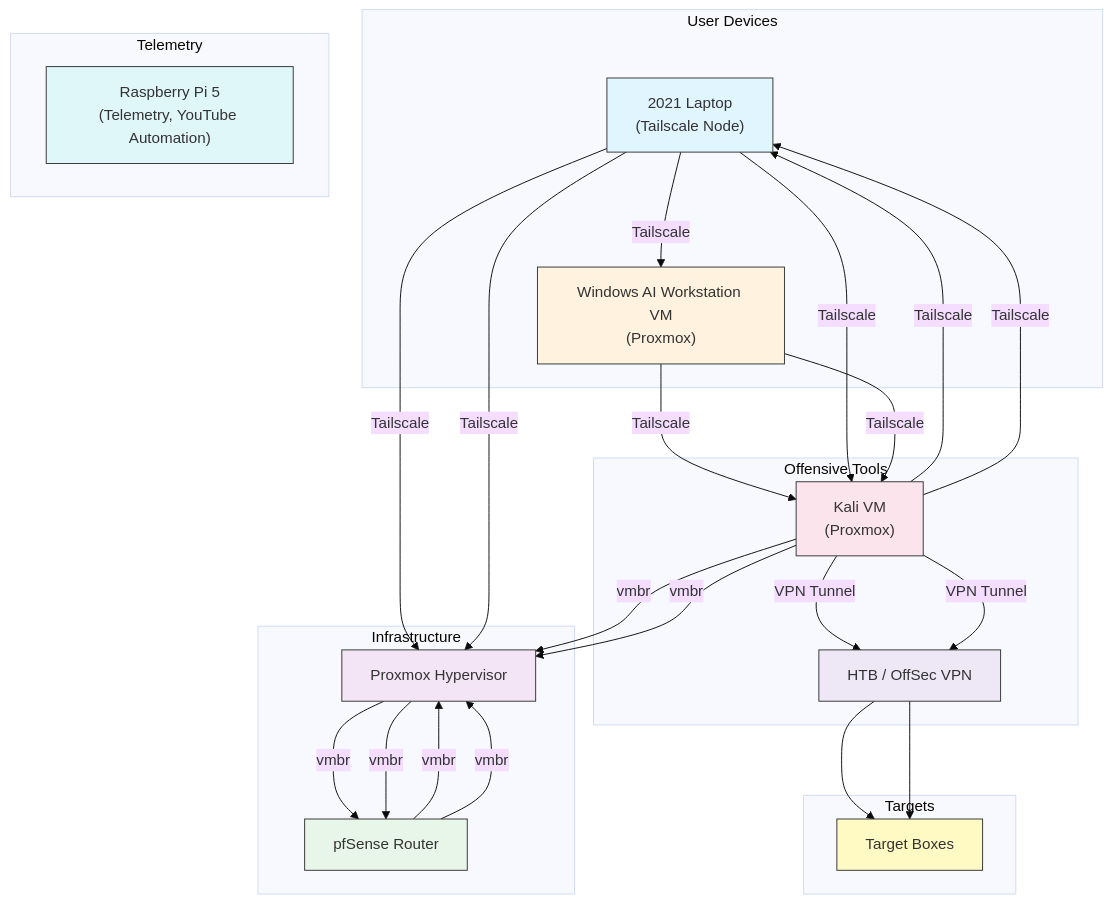
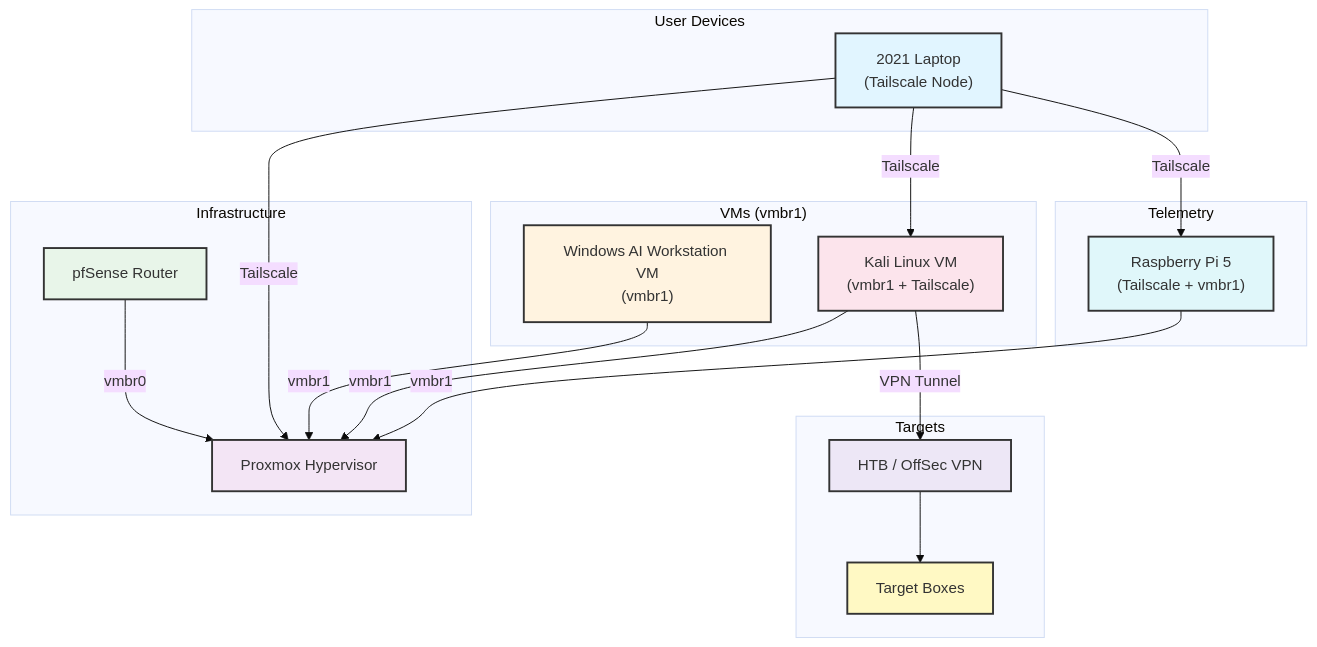
Before and after one commit to Surzal-kali/git: the diagram in SurzalsNotes/Challenges/topology/topology.md, drawn with Mermaid (base theme).

````diff
--- a/SurzalsNotes/Challenges/topology/topology.md
+++ b/SurzalsNotes/Challenges/topology/topology.md
@@ -1,64 +1,54 @@
 ```mermaid
 flowchart TD
-  %% Grouped nodes for clarity
-  subgraph "User Devices"
-    A["2021 Laptop<br/>(Tailscale Node)"]
-    B["Windows AI Workstation VM<br/>(Proxmox)"]
-  end
+    %% ── User Devices ──────────────────────────────
+    subgraph "User Devices"
+        A["2021 Laptop<br/>(Tailscale Node)"]
+    end
 
-  subgraph "Infrastructure"
-    C["Proxmox Hypervisor"]
-    D["pfSense Router"]
-  end
+    %% ── Infrastructure ────────────────────────────
+    subgraph "Infrastructure"
+        C["Proxmox Hypervisor"]
+        D["pfSense Router"]
+    end
 
-  subgraph "Offensive Tools"
-    E["Kali VM<br/>(Proxmox)"]
-    F["HTB / OffSec VPN"]
-  end
+    %% ── VMs on Proxmox ───────────────────────────
+    subgraph "VMs (vmbr1)"
+        B["Windows AI Workstation VM<br/>(vmbr1)"]
+        E["Kali Linux VM<br/>(vmbr1 + Tailscale)"]
+    end
 
-  subgraph "Targets"
-    G["Target Boxes"]
-  end
+    %% ── External Targets ─────────────────────────
+    subgraph "Targets"
+        F["HTB / OffSec VPN"]
+        G["Target Boxes"]
+    end
 
-  subgraph "Telemetry"
-    H["Raspberry Pi 5<br/>(Telemetry, YouTube Automation)"]
-  end
+    %% ── Telemetry ────────────────────────────────
+    subgraph "Telemetry"
+        H["Raspberry Pi 5<br/>(Tailscale + vmbr1)"]
+    end
 
-  %% Connections
-  A -->|Tailscale| B
-  A -->|Tailscale| C
-  B -->|Tailscale| E
-  E -->|vmbr| C
-  C -->|vmbr| D
-  D -->|vmbr| C
-  E -->|VPN Tunnel| F
-  F --> G
-  E -->|Tailscale| A
+    %% ── Connections ──────────────────────────────
+    A -->|Tailscale| C
+    A -->|Tailscale| E
+    A -->|Tailscale| H
 
-  style A fill:#e1f5ff,stroke:#333,stroke-width:1px
-  style B fill:#fff3e0,stroke:#333,stroke-width:1px
-  style C fill:#f3e5f5,stroke:#333,stroke-width:1px
-  style D fill:#e8f5e9,stroke:#333,stroke-width:1px
-  style E fill:#fce4ec,stroke:#333,stroke-width:1px
-  style F fill:#ede7f6,stroke:#333,stroke-width:1px
-  style G fill:#fff9c4,stroke:#333,stroke-width:1px
-  style H fill:#e0f7fa,stroke:#333,stroke-width:1px
+    B -->|vmbr1| C
+    E -->|vmbr1| C
+    H -->|vmbr1| C
 
-  A -->|Tailscale| E
-  A -->|Tailscale| C
-  B -->|Tailscale| E
-  E -->|vmbr| C
-  C -->|vmbr| D
-  D -->|vmbr| C
-  E -->|VPN Tunnel| F
-  F --> G
-  E -->|Tailscale| A
+    D -->|vmbr0| C
 
-  style A fill:#e1f5ff,stroke:#333,stroke-width:1px
-  style B fill:#fff3e0,stroke:#333,stroke-width:1px
-  style C fill:#f3e5f5,stroke:#333,stroke-width:1px
-  style D fill:#e8f5e9,stroke:#333,stroke-width:1px
-  style E fill:#fce4ec,stroke:#333,stroke-width:1px
-  style F fill:#ede7f6,stroke:#333,stroke-width:1px
-  style G fill:#fff9c4,stroke:#333,stroke-width:1px
+    E -->|VPN Tunnel| F
+    F --> G
+
+    %% ── Styling ──────────────────────────────────
+    style A fill:#e1f5ff,stroke:#333,stroke-width:2px,color:#333
+    style B fill:#fff3e0,stroke:#333,stroke-width:2px,color:#333
+    style C fill:#f3e5f5,stroke:#333,stroke-width:2px,color:#333
+    style D fill:#e8f5e9,stroke:#333,stroke-width:2px,color:#333
+    style E fill:#fce4ec,stroke:#333,stroke-width:2px,color:#333
+    style F fill:#ede7f6,stroke:#333,stroke-width:2px,color:#333
+    style G fill:#fff9c4,stroke:#333,stroke-width:2px,color:#333
+    style H fill:#e0f7fa,stroke:#333,stroke-width:2px,color:#333
 ```
````
